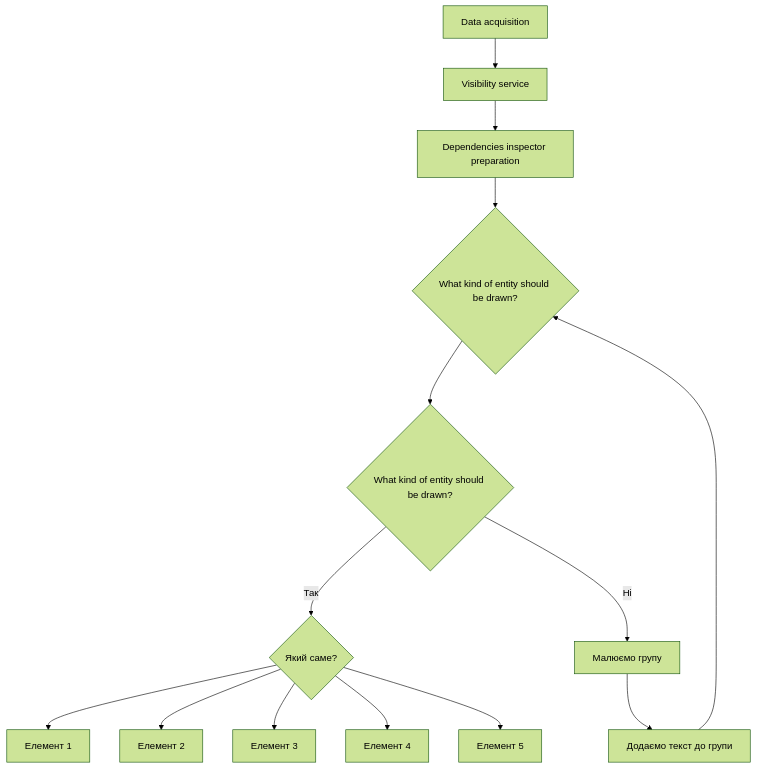
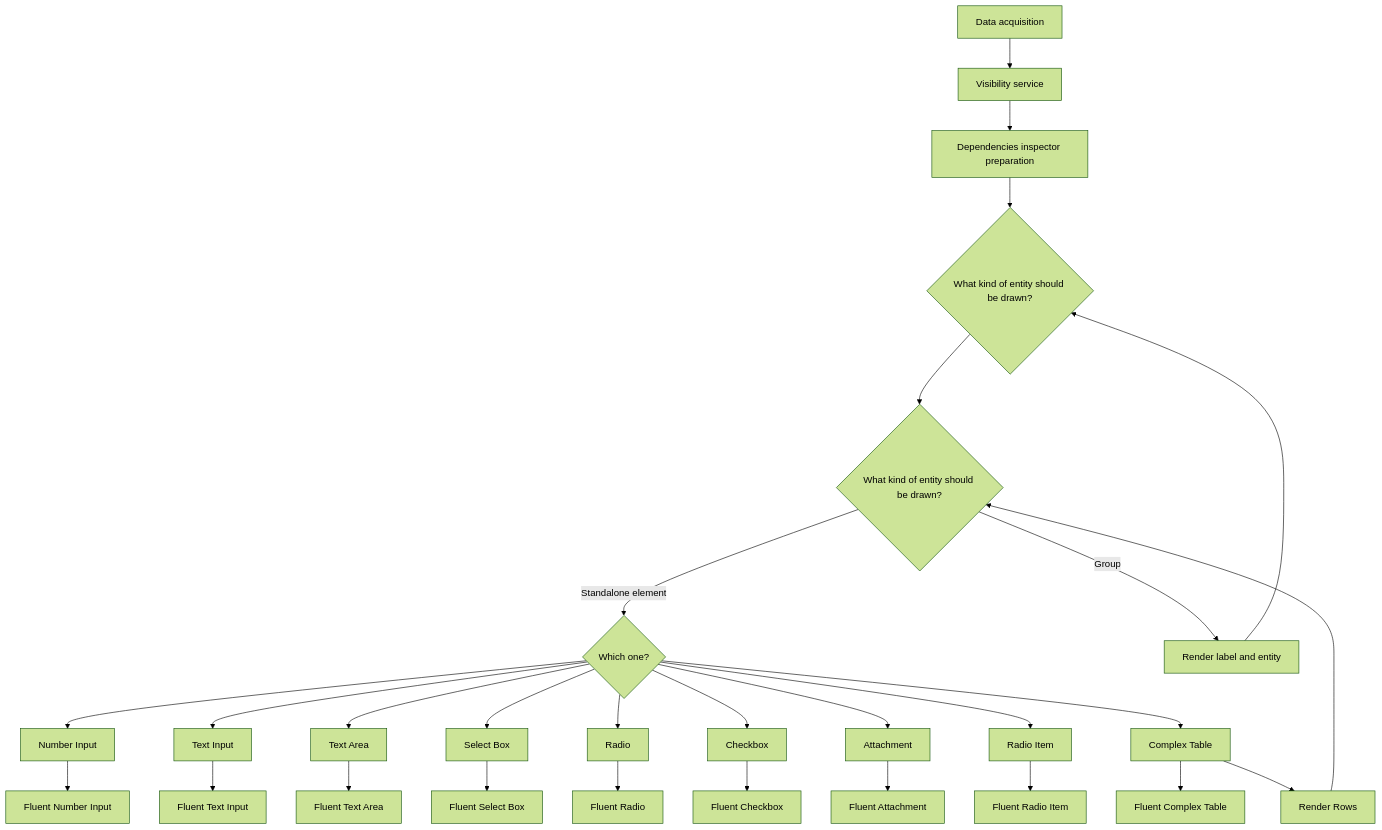
One commit to OlegV25/smells changed the diagram in README.md. Above: the diagram before and after it, drawn with Mermaid (forest theme). The commit also changed other lines of this file, not shown here.

````diff
--- a/README.md
+++ b/README.md
@@ -1,19 +86,33 @@
 ```mermaid
 flowchart TD
-    %% Коментар як візуальний блок:
     A[Data acquisition] --> B[Visibility service]
     B --> B1[Dependencies inspector preparation]
     B1 --> C{What kind of entity should be drawn?}
 
     C --> D1{What kind of entity should be drawn?}
-    D1 -->|Так| E{Який саме?}
-    E --> F1[Елемент 1]
-    E --> F2[Елемент 2]
-    E --> F3[Елемент 3]
-    E --> F4[Елемент 4]
-    E --> F5[Елемент 5]
+    D1 -->|Standalone element| E{Which one?}
+    E --> F1[Number Input]
+    F1 --> G1[Fluent Number Input]
+    E --> F2[Text Input]
+    F2 --> G2[Fluent Text Input]
+    E --> F3[Text Area]
+    F3 --> G3[Fluent Text Area]
+    E --> F4[Select Box]
+    F4 --> G4[Fluent Select Box]
+    E --> F5[Radio]
+    F5 --> G5[Fluent Radio]
+    E --> F6[Checkbox]
+    F6 --> G6[Fluent Checkbox]
+    E --> F7[Attachment]
+    F7 --> G7[Fluent Attachment]
+    E --> F8[Radio Item]
+    F8 --> G8[Fluent Radio Item]
+    E --> F9[Complex Table]
+    F9 --> G9[Fluent Complex Table]
+    F9 --> F10[Render Rows]
+    F10 --> D1
+
     
-    D1 -->|Ні| G[Малюємо групу]
-    G --> H[Додаємо текст до групи]
-    H --> C
+    D1 -->|Group| G[Render label and entity]
+    G --> C
 ```
````
